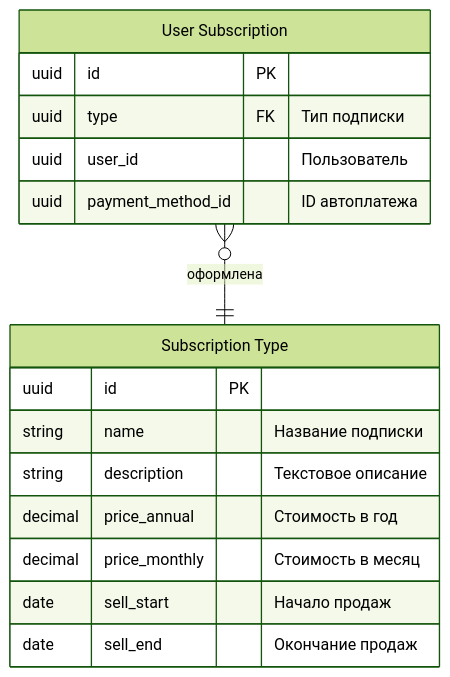
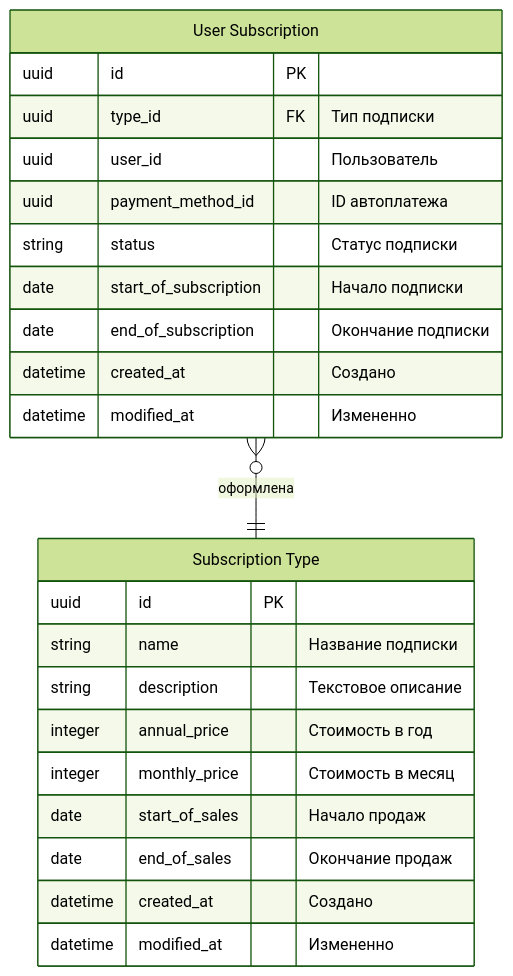
Before and after one commit to smb13/graduate_work: the diagram in architecture/relation_diagrams/erd_subscriptions.md, drawn with Mermaid (forest theme). The commit also changed 1 other file, not shown here.

Commit message:
update subscriptions architecture

````diff
--- a/architecture/relation_diagrams/erd_subscriptions.md
+++ b/architecture/relation_diagrams/erd_subscriptions.md
@@ -3,22 +3,29 @@
 ```mermaid
 erDiagram
     subscription-type["Subscription Type"] {
         uuid id PK
         string name "Название подписки"
         string description "Текстовое описание"
-        decimal price_annual "Стоимость в год"
-        decimal price_monthly "Стоимость в месяц"
-        date sell_start "Начало продаж"
-        date sell_end "Окончание продаж"
+        integer annual_price "Стоимость в год"
+        integer monthly_price "Стоимость в месяц"
+        date start_of_sales "Начало продаж"
+        date end_of_sales "Окончание продаж"
+        datetime created_at "Создано"
+        datetime modified_at "Измененно"
     }
     
     user-subscription["User Subscription"] {
         uuid id PK
-        uuid type FK "Тип подписки"
+        uuid type_id FK "Тип подписки"
         uuid user_id "Пользователь"
-        uuid payment_method_id "ID автоплатежа" 
+        uuid payment_method_id "ID автоплатежа"
+        string status "Статус подписки"
+        date start_of_subscription "Начало подписки"
+        date end_of_subscription "Окончание подписки"
+        datetime created_at "Создано"
+        datetime modified_at "Измененно"
     }
 
     user-subscription }o--|| subscription-type : "оформлена"
 
 ```
````
